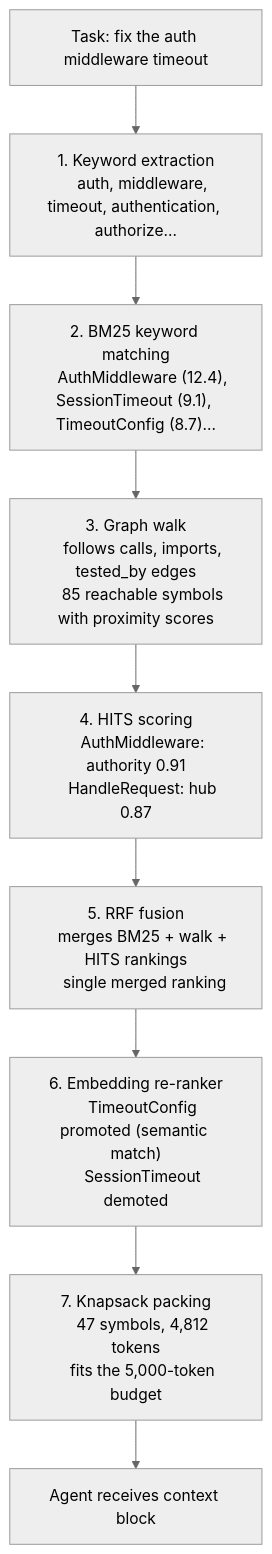
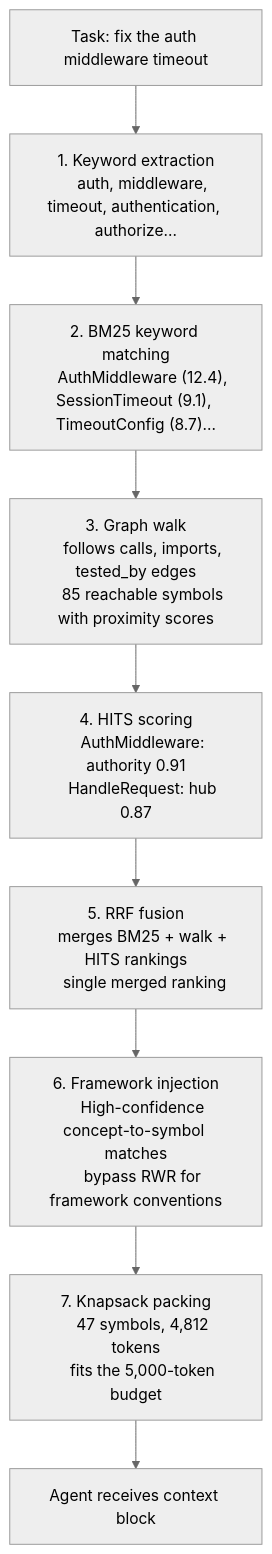
Before and after one commit to blackwell-systems/knowing: the diagram in docs/guide/introduction.md, drawn with Mermaid (neutral theme). The commit also changed other lines of this file, not shown here.

Commit message:
docs: update introduction.md with P@10=0.278, framework injection, honest measurement

````diff
--- a/docs/guide/introduction.md
+++ b/docs/guide/introduction.md
@@ -19,23 +19,23 @@
 ```mermaid
 flowchart TD
     A["Task: fix the auth middleware timeout"] --> B["1. Keyword extraction
     auth, middleware, timeout, authentication, authorize..."]
     B --> C["2. BM25 keyword matching
     AuthMiddleware (12.4), SessionTimeout (9.1), TimeoutConfig (8.7)..."]
     C --> D["3. Graph walk
     follows calls, imports, tested_by edges
     85 reachable symbols with proximity scores"]
     D --> E["4. HITS scoring
     AuthMiddleware: authority 0.91
     HandleRequest: hub 0.87"]
     E --> F["5. RRF fusion
     merges BM25 + walk + HITS rankings
     single merged ranking"]
-    F --> G["6. Embedding re-ranker
-    TimeoutConfig promoted (semantic match)
-    SessionTimeout demoted"]
+    F --> G["6. Framework injection
+    High-confidence concept-to-symbol matches
+    bypass RWR for framework conventions"]
     G --> H["7. Knapsack packing
     47 symbols, 4,812 tokens
     fits the 5,000-token budget"]
     H --> I["Agent receives context block"]
 ```
````
